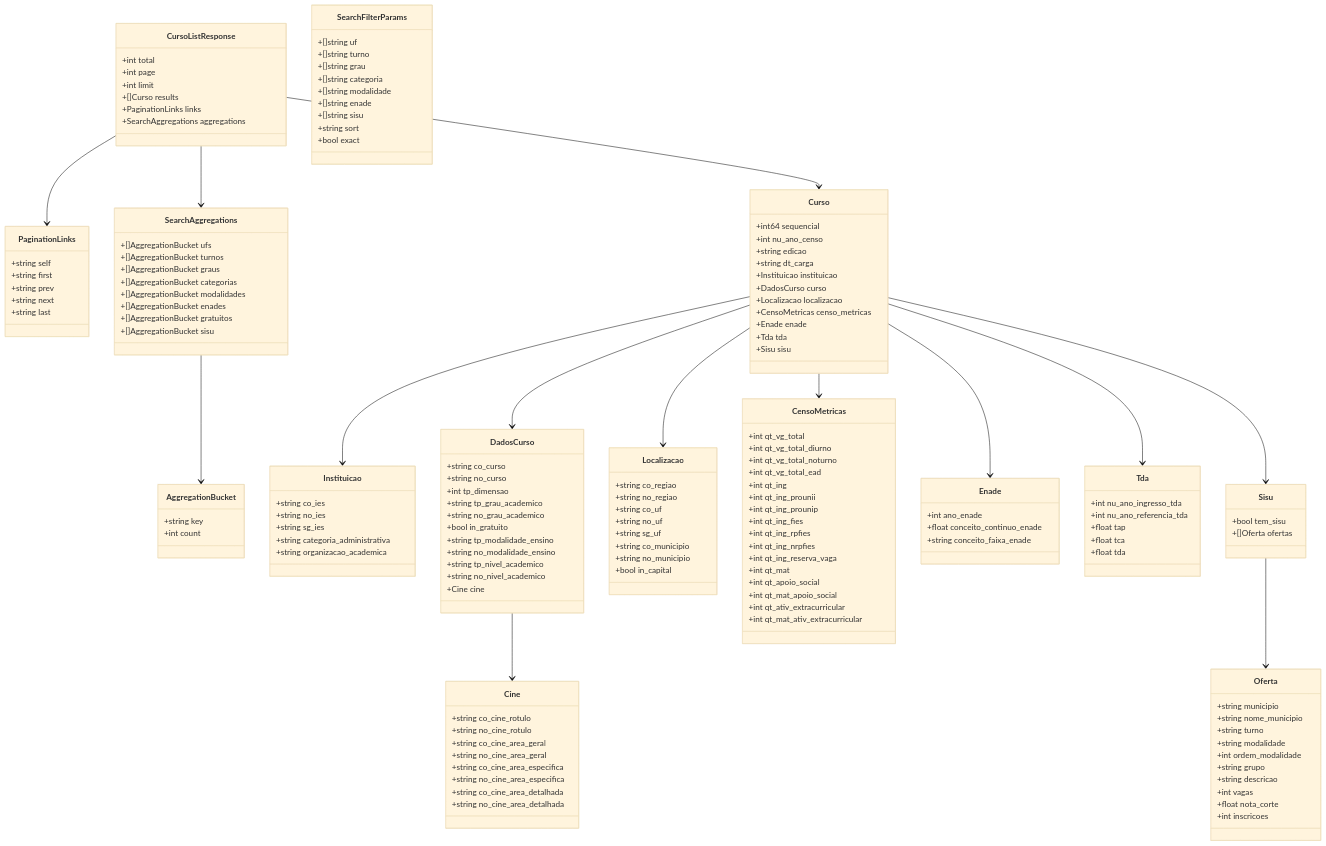
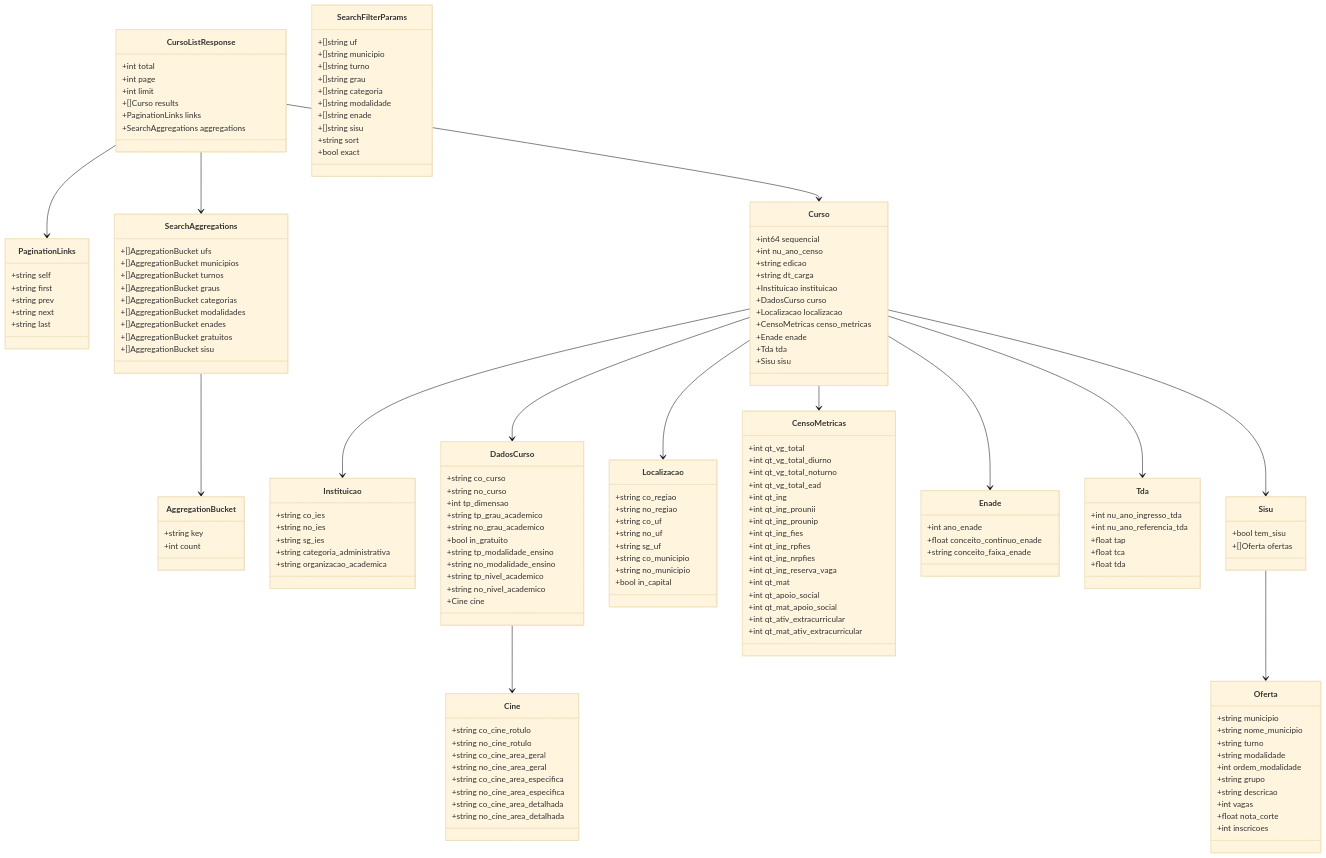
Before and after one commit to souciencia/sou_estudante: the diagram in docs/20.api.md, drawn with Mermaid (base theme). The commit also changed other lines of this file and 23 other files, not shown here.

```diff
--- a/docs/20.api.md
+++ b/docs/20.api.md
@@ -60,6 +60,7 @@
 
     class SearchFilterParams {
         +[]string uf
+        +[]string municipio
         +[]string turno
         +[]string grau
         +[]string categoria
@@ -72,6 +73,7 @@
 
     class SearchAggregations {
         +[]AggregationBucket ufs
+        +[]AggregationBucket municipios
         +[]AggregationBucket turnos
         +[]AggregationBucket graus
         +[]AggregationBucket categorias
```
